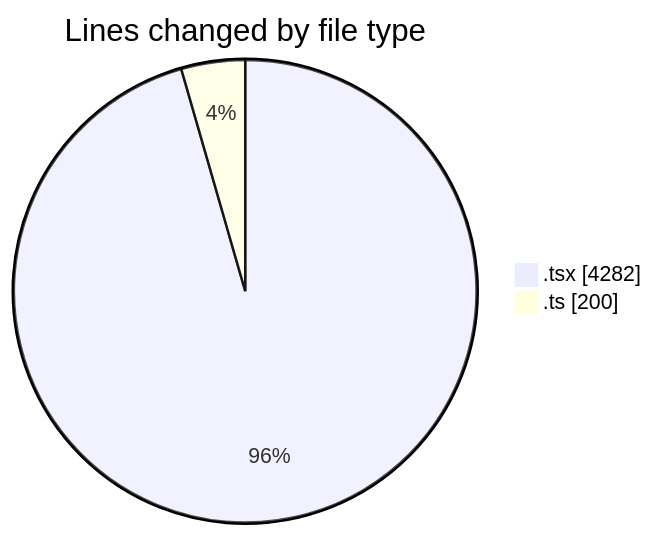
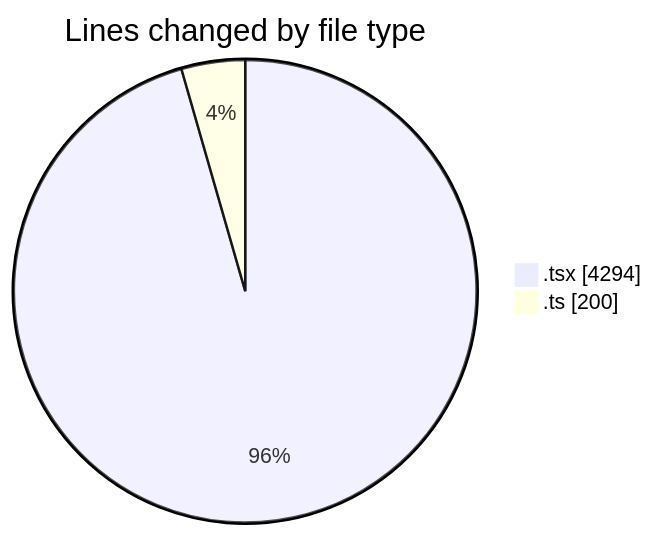
Before and after one commit to nxtqubesakshisongat/code-tracking: the first of 2 diagrams in 2026-05-24/nxtqube_webapp/README.md, drawn with Mermaid. The commit also changed other lines of this file and 1 other file, not shown here.

````diff
--- a/2026-05-24/nxtqube_webapp/README.md
+++ b/2026-05-24/nxtqube_webapp/README.md
@@ -25,6 +25,6 @@
 ```mermaid
 pie showData
 title Lines changed by file type
-".tsx" : 4282
+".tsx" : 4294
 ".ts" : 200
 ```
````
